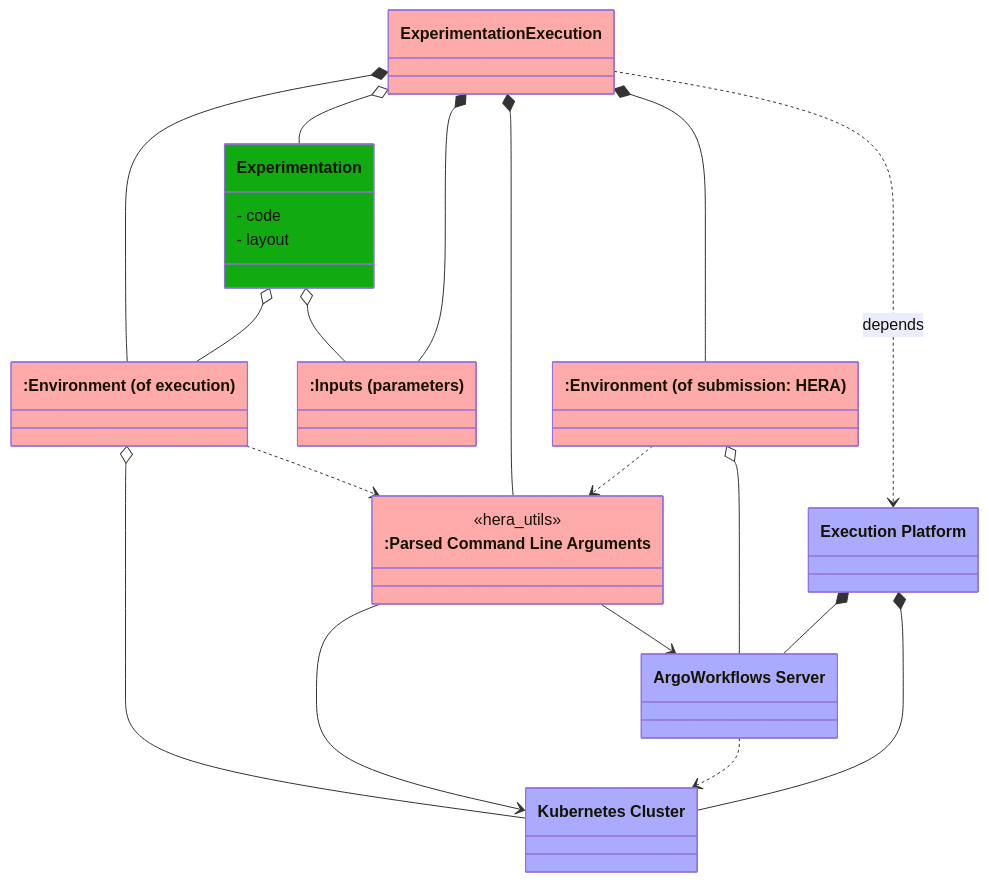
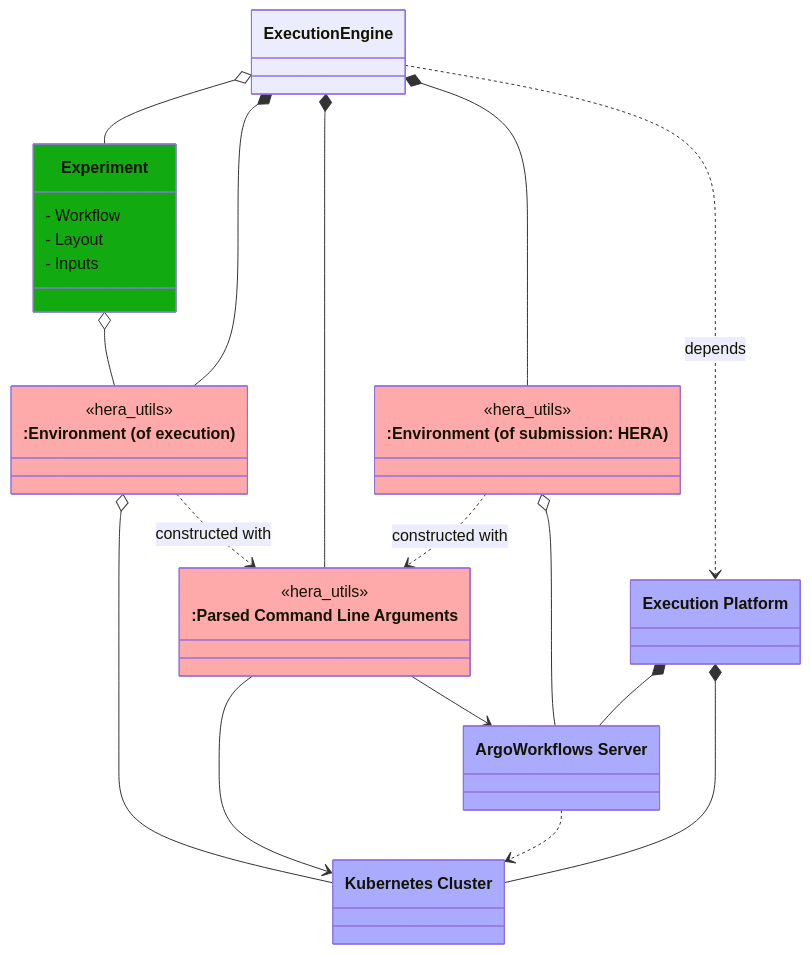
Before and after one commit to VCityTeam/hera_utils: the second of 2 diagrams in README.md, drawn with Mermaid. The commit also changed other lines of this file, not shown here.

````diff
--- a/README.md
+++ b/README.md
@@ -35,53 +39,51 @@
 ```mermaid
 classDiagram
 
-class Experimentation {
-    - code
-    - layout
+class Experiment {
+    - Workflow
+    - Layout
+    - Inputs
 }
-style Experimentation fill:#1a1
+style Experiment fill:#1a1
 class EnvironmentExecution[":Environment (of execution)"]
+<<hera_utils>> EnvironmentExecution
 style EnvironmentExecution fill:#faa
-class Inputs[":Inputs (parameters)"]
-style Inputs fill:#faa
 
 class ExecutionPlatform["Execution Platform"]
 style ExecutionPlatform fill:#aaf
 class WorkflowEngine["ArgoWorkflows Server"]
 style WorkflowEngine fill:#aaf
 class Cluster["Kubernetes Cluster"]
 style Cluster fill:#aaf
 
 class CLIContext[":Parsed Command Line Arguments"]
 <<hera_utils>> CLIContext
 style CLIContext fill:#faa
-class ExperimentationExecution
-style ExperimentationExecution fill:#faa
+class ExecutionEngine
 
 class EnvironmentSubmission[":Environment (of submission: HERA)"]
+<<hera_utils>> EnvironmentSubmission
 style EnvironmentSubmission fill:#faa
 
-ExperimentationExecution *-- EnvironmentSubmission
-ExperimentationExecution ..> ExecutionPlatform: depends
+ExecutionEngine *-- EnvironmentSubmission
+ExecutionEngine ..> ExecutionPlatform: depends
 
-Experimentation o-- Inputs
-ExperimentationExecution *-- Inputs
-ExperimentationExecution o-- Experimentation
-ExperimentationExecution *-- EnvironmentExecution
-Experimentation o-- EnvironmentExecution
+ExecutionEngine o-- Experiment
+Experiment o-- EnvironmentExecution
+ExecutionEngine *-- EnvironmentExecution
 
-EnvironmentExecution ..> CLIContext
-ExperimentationExecution *-- CLIContext
-EnvironmentSubmission ..> CLIContext
+
+EnvironmentExecution ..> CLIContext: constructed with
+ExecutionEngine *-- CLIContext
+EnvironmentSubmission ..> CLIContext: constructed with
 
 CLIContext --> WorkflowEngine
 EnvironmentSubmission o-- WorkflowEngine
 
 EnvironmentExecution o-- Cluster
 CLIContext --> Cluster
 WorkflowEngine ..> Cluster
 ExecutionPlatform *-- Cluster
 
 ExecutionPlatform *-- WorkflowEngine
-
 ```
````
